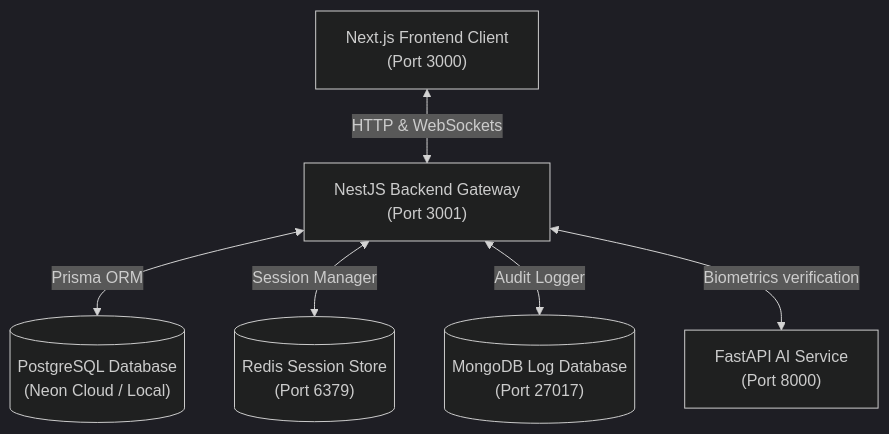
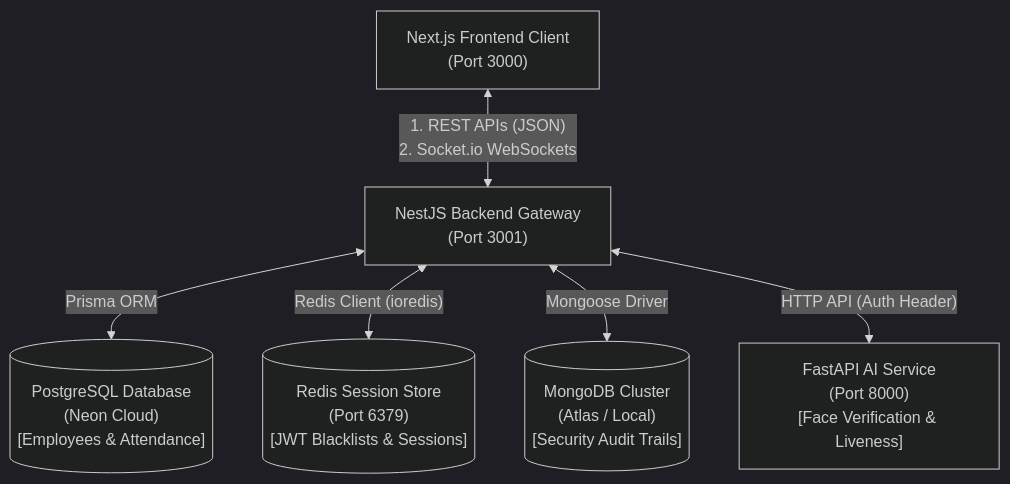
Before and after one commit to abx15/ZeroProxy: the diagram in README.md, drawn with Mermaid (dark theme). The commit also changed other lines of this file, not shown here.

Commit message:
docs: expand root README with complete monorepo architecture, directories mapping, and data flow

````diff
--- a/README.md
+++ b/README.md
@@ -13,8 +13,8 @@
 ```mermaid
 graph TD
-    Client["Next.js Frontend Client<br>(Port 3000)"] <-->|"HTTP & WebSockets"| Backend["NestJS Backend Gateway<br>(Port 3001)"]
-    Backend <-->|"Prisma ORM"| PostgreSQL[("PostgreSQL Database<br>(Neon Cloud / Local)")]
-    Backend <-->|"Session Manager"| Redis[("Redis Session Store<br>(Port 6379)")]
-    Backend <-->|"Audit Logger"| MongoDB[("MongoDB Log Database<br>(Port 27017)")]
-    Backend <-->|"Biometrics verification"| AIServer["FastAPI AI Service<br>(Port 8000)"]
+    Client["Next.js Frontend Client<br>(Port 3000)"] <-->|"1. REST APIs (JSON)<br>2. Socket.io WebSockets"| Backend["NestJS Backend Gateway<br>(Port 3001)"]
+    Backend <-->|"Prisma ORM"| PostgreSQL[("PostgreSQL Database<br>(Neon Cloud)<br>[Employees & Attendance]")]
+    Backend <-->|"Redis Client (ioredis)"| Redis[("Redis Session Store<br>(Port 6379)<br>[JWT Blacklists & Sessions]")]
+    Backend <-->|"Mongoose Driver"| MongoDB[("MongoDB Cluster<br>(Atlas / Local)<br>[Security Audit Trails]")]
+    Backend <-->|"HTTP API (Auth Header)"| AIServer["FastAPI AI Service<br>(Port 8000)<br>[Face Verification & Liveness]"]
 ```
````
